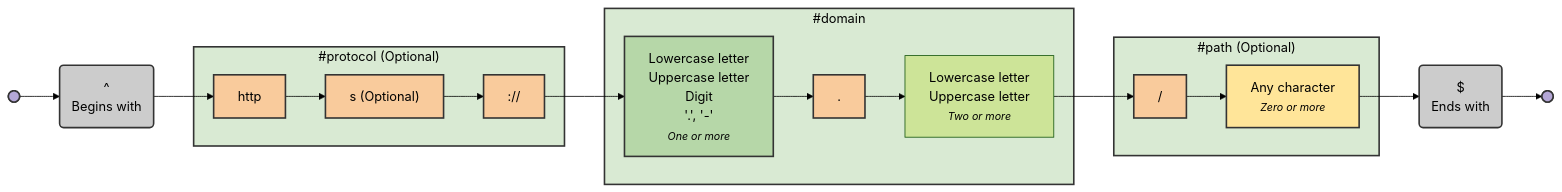
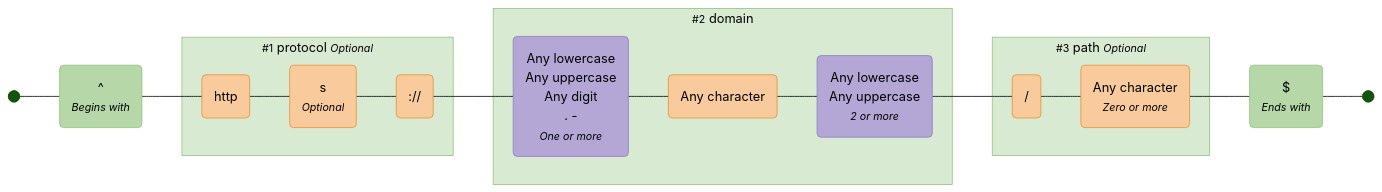
Before and after one commit to tayles/regex-to-mermaid: the diagram in README.md, drawn with Mermaid (forest theme). The commit also changed other lines of this file, not shown here.

````diff
--- a/README.md
+++ b/README.md
@@ -18,90 +18,61 @@
 ```mermaid
 graph LR
-    %% Nodes
-    start@{ shape: f-circ, label: "Start" };
-    fin@{ shape: f-circ, label: "End" };
+  %% Nodes
+  start@{ shape: f-circ };
+  fin@{ shape: f-circ };
+  assertion_1("^<br><i><small>Begins with</small></i>"):::assertion;
+  literal_1("http"):::literal;
+  literal_2("s<br><i><small>Optional</small></i>"):::literal;
+  literal_3("://"):::literal;
+  char_class_1("Any lowercase<br>Any uppercase<br>Any digit<br>. -<br><i><small>One or more</small></i>"):::char-class;
+  literal_4("Any character"):::literal;
+  char_class_2("Any lowercase<br>Any uppercase<br><i><small>2 or more</small></i>"):::char-class;
+  literal_5("/"):::literal;
+  literal_6("Any character<br><i><small>Zero or more</small></i>"):::literal;
+  assertion_2("$<br><i><small>Ends with</small></i>"):::assertion;
 
-    start_of_line("^<br>Begins with");
-    http["http"];
-    s["s (Optional)"];
-    colon_slash_slash["://"];
-    domain_name["Lowercase letter<br>Uppercase letter<br>Digit<br>'.', '-'<br><i><small>One or more</small></i>"];
-    dot["."];
-    tld["Lowercase letter<br>Uppercase letter<br><i><small>Two or more</small></i>"];
-    slash["/"];
-    any_char["Any character<br><i><small>Zero or more</small></i>"];
-    end_of_line("$<br>Ends with");
+  %% Subgraphs
+  subgraph named_capture_1 ["<small>#1</small> protocol <small><i>Optional</i></small>"]
+    literal_1
+    literal_2
+    literal_3
+  end
 
-    %% Subgraphs
-    subgraph protocol_group ["#protocol (Optional)"];
-        http
-        s
-        colon_slash_slash
-    end
+  subgraph named_capture_2 ["<small>#2</small> domain"]
+    char_class_1
+    literal_4
+    char_class_2
+  end
 
-    subgraph domain_group ["#domain"];
-        domain_name
-        dot
-        tld;
-    end
+  subgraph named_capture_3 ["<small>#3</small> path <small><i>Optional</i></small>"]
+    literal_5
+    literal_6
+  end
 
-    subgraph path_group ["#path (Optional)"];
-        slash
-        any_char
-    end
+  %% Edges
+  start --- assertion_1;
+  assertion_1 --- literal_1;
+  literal_1 --- literal_2;
+  literal_2 --- literal_3;
+  literal_3 --- char_class_1;
+  char_class_1 --- literal_4;
+  literal_4 --- char_class_2;
+  char_class_2 --- literal_5;
+  literal_5 --- literal_6;
+  literal_6 --- assertion_2;
+  assertion_2 --- fin;
 
-    %% Edges
-    start --> start_of_line;
-    start_of_line --> http;
-    http --> s;
-    s --> colon_slash_slash;
-    colon_slash_slash --> domain_name;
-    domain_name --> dot;
-    dot --> tld;
-    tld --> slash;
-    slash --> any_char;
-    any_char --> end_of_line;
-    end_of_line --> fin;
+  %% Styles
+  %% Node Styling
+  classDef assertion fill:#B6D7A8,stroke:#93C47D,color:#000000;
+  classDef literal fill:#F9CB9C,stroke:#E69138,color:#000000;
+  classDef char-class fill:#B4A7D6,stroke:#8E7CC3,color:#000000;
 
-    %% Styling Definitions
-    %% Node Styling
-    classDef zeroOrMore fill:#FFE599,stroke:#333,stroke-width:2px,color:black;
-    classDef oneOrMore fill:#B6D7A8,stroke:#333,stroke-width:2px,color:black;
-    classDef range fill:#76A5AF,stroke:#333,stroke-width:2px,color:black;
-    classDef oneOf fill:#F6B26B,stroke:#333,stroke-width:2px,color:black;
-    classDef noneOf fill:#E06666,stroke:#333,stroke-width:2px,color:black;
-    classDef start fill:#B4A7D6,stroke:#333,stroke-width:2px,color:black;
-    classDef fin fill:#B4A7D6,stroke:#333,stroke-width:2px,color:black;
-    classDef literal fill:#F9CB9C,stroke:#333,stroke-width:2px,color:black;
-    classDef terminator fill:#CCCCCC,stroke:#333,stroke-width:2px,color:black;
+  %% Group Styling
+  classDef named-capture fill:#D9EAD3,stroke:#93C47D,color:#000000;
 
-    %% Group Styling
-    classDef captureGroup fill:#FFF2CC,stroke:#333,stroke-width:2px,color:black;
-    classDef namedCaptureGroup fill:#D9EAD3,stroke:#333,stroke-width:2px,color:black;
-    classDef nonCapturingGroup fill:#CFE2F3,stroke:#333,stroke-width:2px,color:black;
-    classDef positiveLookahead fill:#D5A6BD,stroke:#333,stroke-width:2px,color:black;
-    classDef negativeLookahead fill:#A4C2F4,stroke:#333,stroke-width:2px,color:black;
-    classDef positiveLookbehind fill:#B7B7B7,stroke:#333,stroke-width:2px,color:black;
-    classDef negativeLookbehind fill:#EAD1DC,stroke:#333,stroke-width:2px,color:black;
-    classDef optional fill:#D9D2E9,stroke:#333,stroke-width:2px,color:black;
+  %% Apply Group Classes
+  class named_capture_1,named_capture_2,named_capture_3 named-capture;
 
-    %% Apply Styling Classes
-    %% Node Classes
-    class start start;
-    class start_of_line terminator;
-    class http literal;
-    class s literal;
-    class colon_slash_slash literal;
-    class domain_name oneOrMore;
-    class dot literal;
-    class tld twoOrMore;
-    class slash literal;
-    class any_char zeroOrMore;
-    class end_of_line terminator;
-    class fin fin;
-
-    %% Group Classes
-    class protocol_group namedCaptureGroup;
-    class domain_group namedCaptureGroup;
-    class path_group namedCaptureGroup;
+%% Generated with regex-to-mermaid@1.0.0
 ```
````
